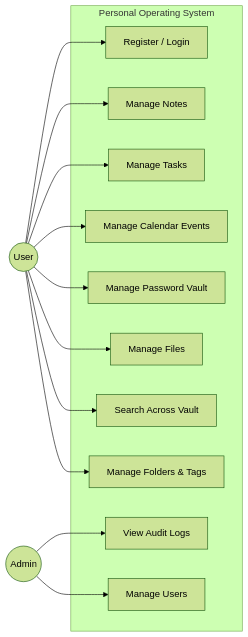
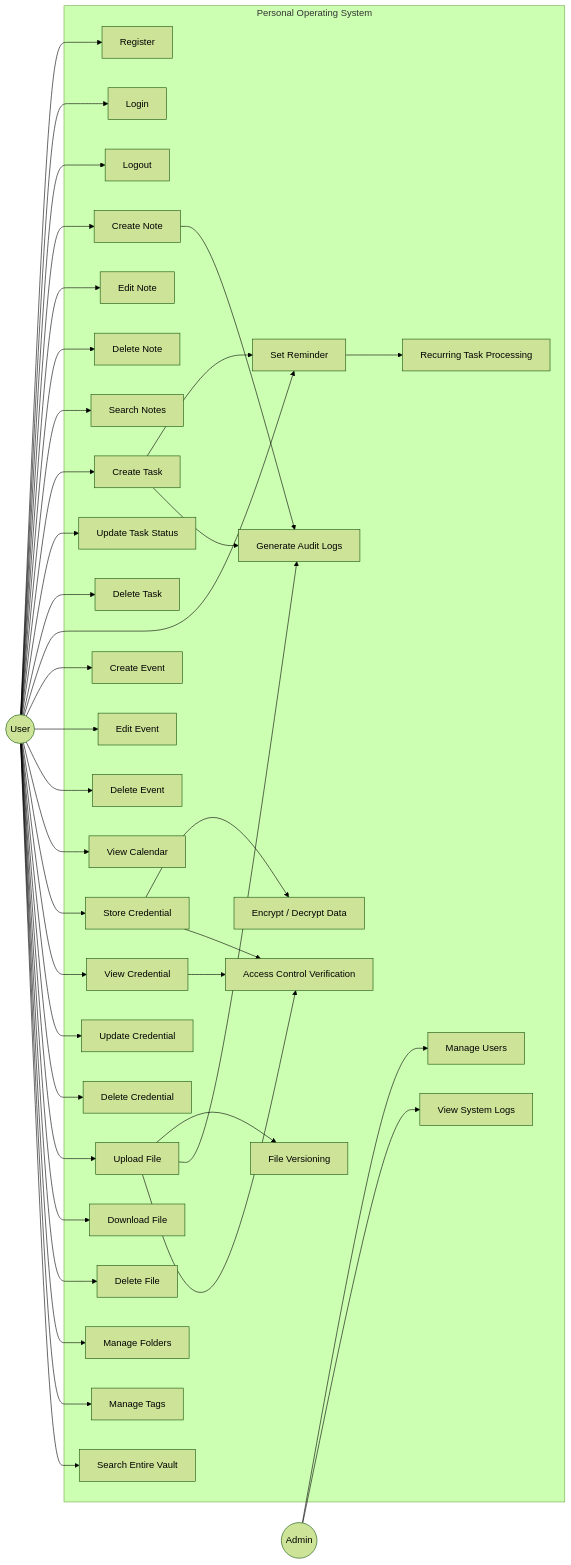
Before and after one commit to raman976/POS: the diagram in useCaseDiagram.md, drawn with Mermaid (forest theme).

Commit message:
completed diagrams

````diff
--- a/useCaseDiagram.md
+++ b/useCaseDiagram.md
@@ -1,33 +1,111 @@
 ```mermaid
 flowchart LR
 
-    User((User))
-    Admin((Admin))
+    %% Actors
+    User((User))
+    Admin((Admin))
 
-    subgraph System["Personal Operating System"]
-        UC1[Register / Login]
-        UC2[Manage Notes]
-        UC3[Manage Tasks]
-        UC4[Manage Calendar Events]
-        UC5[Manage Password Vault]
-        UC6[Manage Files]
-        UC7[Search Across Vault]
-        UC8[Manage Folders & Tags]
-        UC9[View Audit Logs]
-        UC10[Manage Users]
-    end
+    %% System Boundary
+    subgraph POS["Personal Operating System"]
 
+        %% Authentication
+        UC1[Register]
+        UC2[Login]
+        UC3[Logout]
 
-    User --> UC1
-    User --> UC2
-    User --> UC3
-    User --> UC4
-    User --> UC5
-    User --> UC6
-    User --> UC7
-    User --> UC8
+        %% Notes Module
+        UC4[Create Note]
+        UC5[Edit Note]
+        UC6[Delete Note]
+        UC7[Search Notes]
 
+        %% Task Module
+        UC8[Create Task]
+        UC9[Update Task Status]
+        UC10[Delete Task]
+        UC11[Set Reminder]
+        UC12[Recurring Task Processing]
 
-    Admin --> UC9
-    Admin --> UC10
+        %% Calendar Module
+        UC13[Create Event]
+        UC14[Edit Event]
+        UC15[Delete Event]
+        UC16[View Calendar]
+
+        %% Password Vault
+        UC17[Store Credential]
+        UC18[View Credential]
+        UC19[Update Credential]
+        UC20[Delete Credential]
+        UC21[Encrypt / Decrypt Data]
+
+        %% File Storage
+        UC22[Upload File]
+        UC23[Download File]
+        UC24[Delete File]
+        UC25[File Versioning]
+
+        %% Organization
+        UC26[Manage Folders]
+        UC27[Manage Tags]
+        UC28[Search Entire Vault]
+
+        %% Security
+        UC29[Access Control Verification]
+        UC30[Generate Audit Logs]
+
+        %% Admin Controls
+        UC31[Manage Users]
+        UC32[View System Logs]
+
+    end
+
+    %% User interactions
+    User --> UC1
+    User --> UC2
+    User --> UC3
+
+    User --> UC4
+    User --> UC5
+    User --> UC6
+    User --> UC7
+
+    User --> UC8
+    User --> UC9
+    User --> UC10
+    User --> UC11
+
+    User --> UC13
+    User --> UC14
+    User --> UC15
+    User --> UC16
+
+    User --> UC17
+    User --> UC18
+    User --> UC19
+    User --> UC20
+
+    User --> UC22
+    User --> UC23
+    User --> UC24
+
+    User --> UC26
+    User --> UC27
+    User --> UC28
+
+    %% Admin interactions
+    Admin --> UC31
+    Admin --> UC32
+
+    %% Logical relationships (simulate include)
+    UC8 --> UC11
+    UC11 --> UC12
+    UC17 --> UC21
+    UC22 --> UC25
+    UC4 --> UC30
+    UC8 --> UC30
+    UC22 --> UC30
+    UC17 --> UC29
+    UC22 --> UC29
+    UC18 --> UC29
 ```
````
